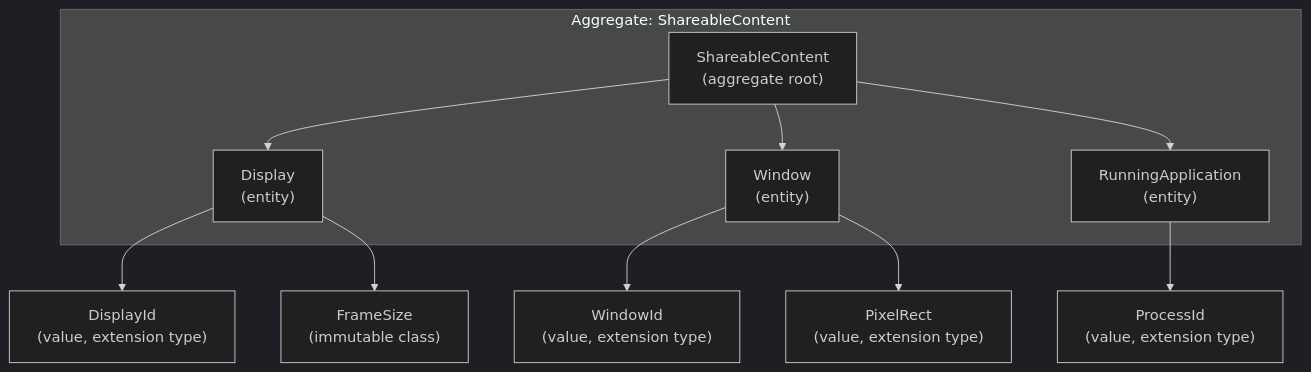
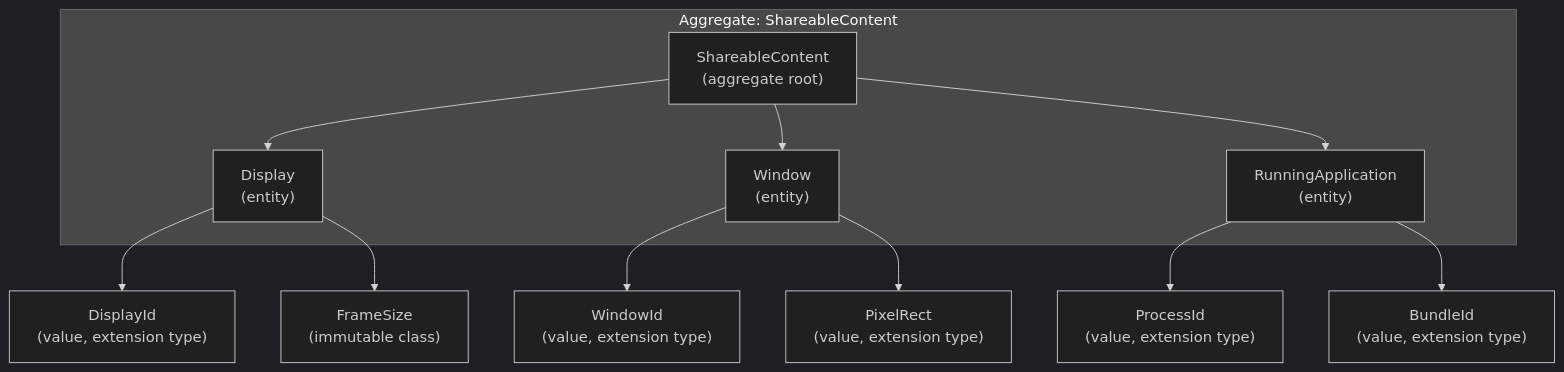
The first of 2 diagrams in doc/domain-model.md (blendfactory/screen-capture-kit), drawn with Mermaid (dark theme) before and after one commit. The commit also changed other lines of this file and 7 other files, not shown here.

First line of the commit message:
feat(domain)!: add BundleId value object

````diff
--- a/doc/domain-model.md
+++ b/doc/domain-model.md
@@ -25,14 +25,15 @@
 ```mermaid
 flowchart TB
   subgraph Aggregate["Aggregate: ShareableContent"]
     AR["ShareableContent\n(aggregate root)"]
     AR --> E1["Display\n(entity)"]
     AR --> E2["Window\n(entity)"]
     AR --> E3["RunningApplication\n(entity)"]
   end
   E1 --> VO_D["DisplayId\n(value, extension type)"]
   E1 --> VO_S["FrameSize\n(immutable class)"]
   E2 --> VO_W["WindowId\n(value, extension type)"]
   E2 --> VO_R["PixelRect\n(value, extension type)"]
-  E3 --> VO_P["ProcessId\n(value, extension type)"]
+    E3 --> VO_P["ProcessId\n(value, extension type)"]
+    E3 --> VO_B["BundleId\n(value, extension type)"]
 ```
````
